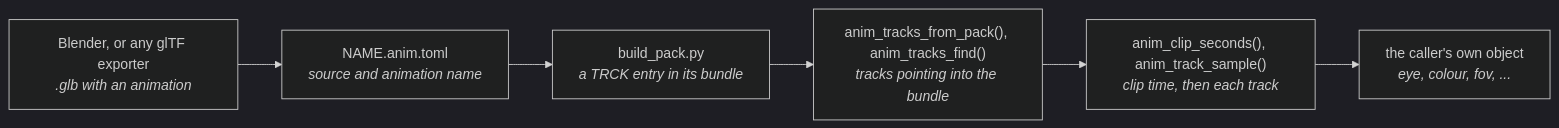
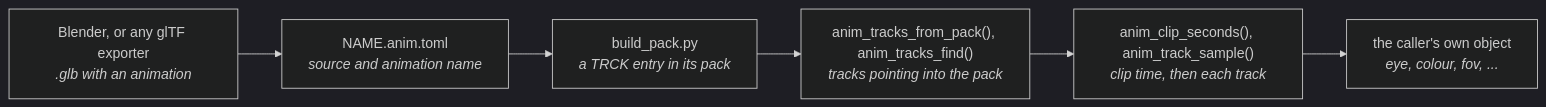
The diagram in docs/Animation-Tracks.md (jose-villegas/autana), drawn with Mermaid (dark theme) before and after one commit. The commit also changed other lines of this file and 59 other files, not shown here.

````diff
--- a/docs/Animation-Tracks.md
+++ b/docs/Animation-Tracks.md
@@ -13,8 +13,8 @@
 ```mermaid
 flowchart LR
     Author["Blender, or any glTF exporter<br/><i>.glb with an animation</i>"] --> Anim["NAME.anim.toml<br/><i>source and animation name</i>"]
-    Anim --> Pack["build_pack.py<br/><i>a TRCK entry in its bundle</i>"]
-    Pack --> Open["anim_tracks_from_pack(), anim_tracks_find()<br/><i>tracks pointing into the bundle</i>"]
+    Anim --> Pack["build_pack.py<br/><i>a TRCK entry in its pack</i>"]
+    Pack --> Open["anim_tracks_from_pack(), anim_tracks_find()<br/><i>tracks pointing into the pack</i>"]
     Open --> Sample["anim_clip_seconds(), anim_track_sample()<br/><i>clip time, then each track</i>"]
     Sample --> Caller["the caller's own object<br/><i>eye, colour, fov, ...</i>"]
 ```
````
